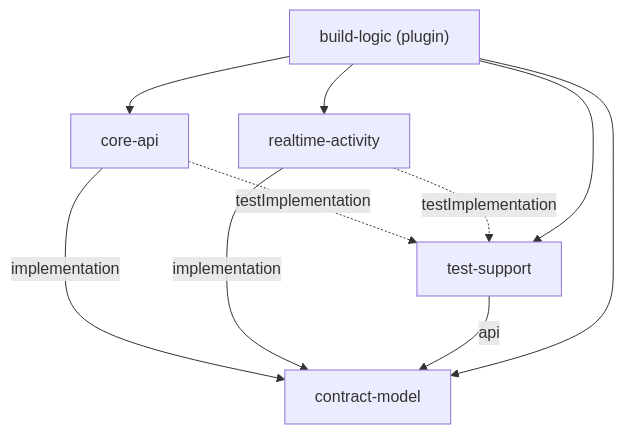
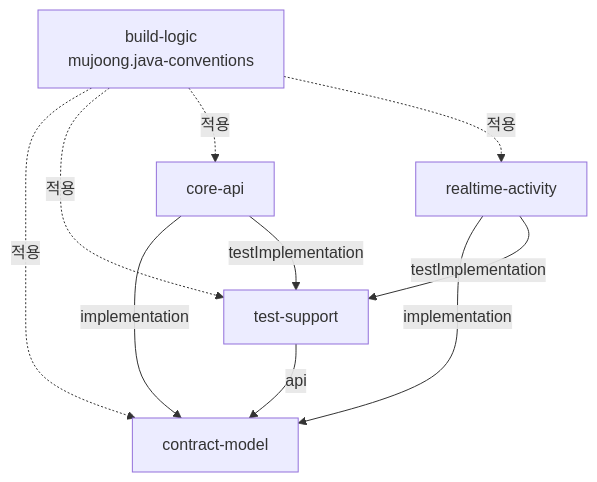
One commit to team-jomyung/mujungi changed the diagram in aidlc/spaces/default/codekb/mujungi/dependencies.md. Above: the diagram before and after it, drawn with Mermaid. The commit also changed other lines of this file and 138 other files, not shown here.

````diff
--- a/aidlc/spaces/default/codekb/mujungi/dependencies.md
+++ b/aidlc/spaces/default/codekb/mujungi/dependencies.md
@@ -7,17 +7,18 @@
 ```mermaid
 flowchart TD
-  BL["build-logic (plugin)"]
-  CM["contract-model"]
-  CA["core-api"]
-  RA["realtime-activity"]
-  TS["test-support"]
-  CA -->|"implementation"| CM
-  RA -->|"implementation"| CM
-  TS -->|"api"| CM
-  CA -.->|"testImplementation"| TS
-  RA -.->|"testImplementation"| TS
-  BL --> CA
-  BL --> RA
-  BL --> CM
-  BL --> TS
+    BL["build-logic<br/>mujoong.java-conventions"]
+    CM["contract-model"]
+    TS["test-support"]
+    CA["core-api"]
+    RA["realtime-activity"]
+    BL -.->|적용| CM
+    BL -.->|적용| TS
+    BL -.->|적용| CA
+    BL -.->|적용| RA
+    %% 점선은 규약 플러그인 적용, 실선은 Gradle 의존
+    CA -->|implementation| CM
+    RA -->|implementation| CM
+    TS -->|api| CM
+    CA -->|testImplementation| TS
+    RA -->|testImplementation| TS
 ```
````
